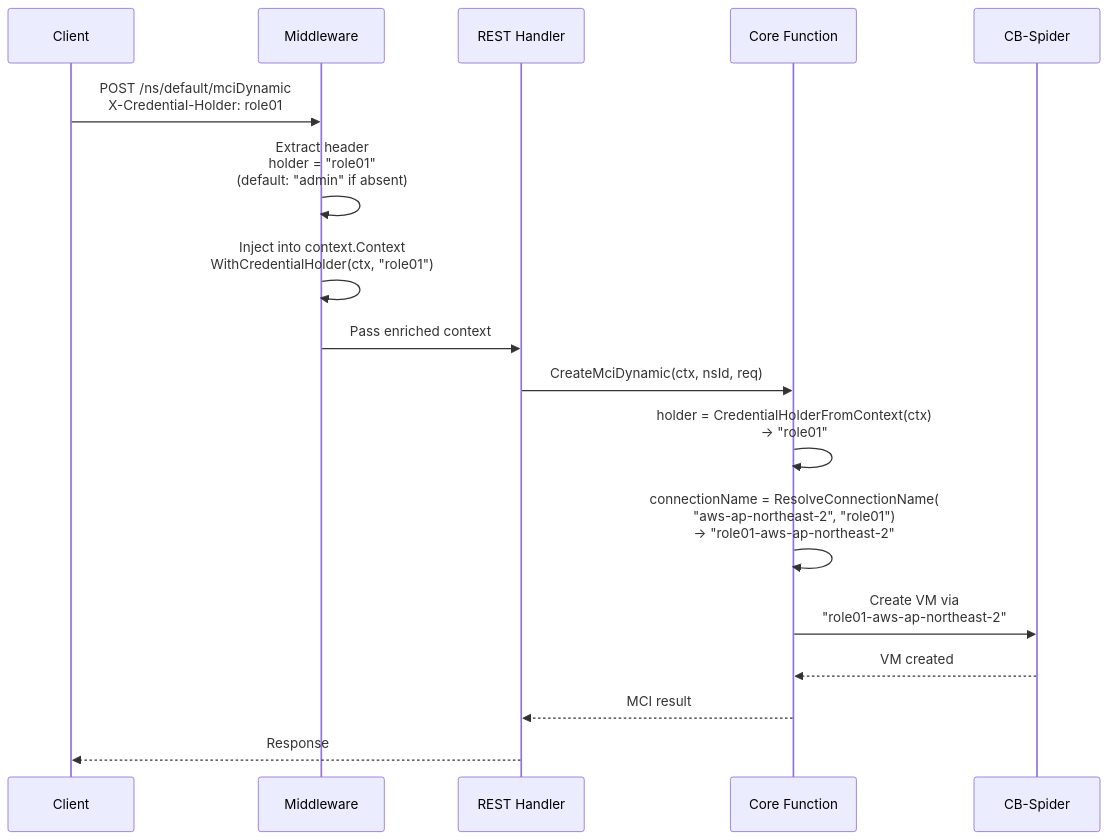
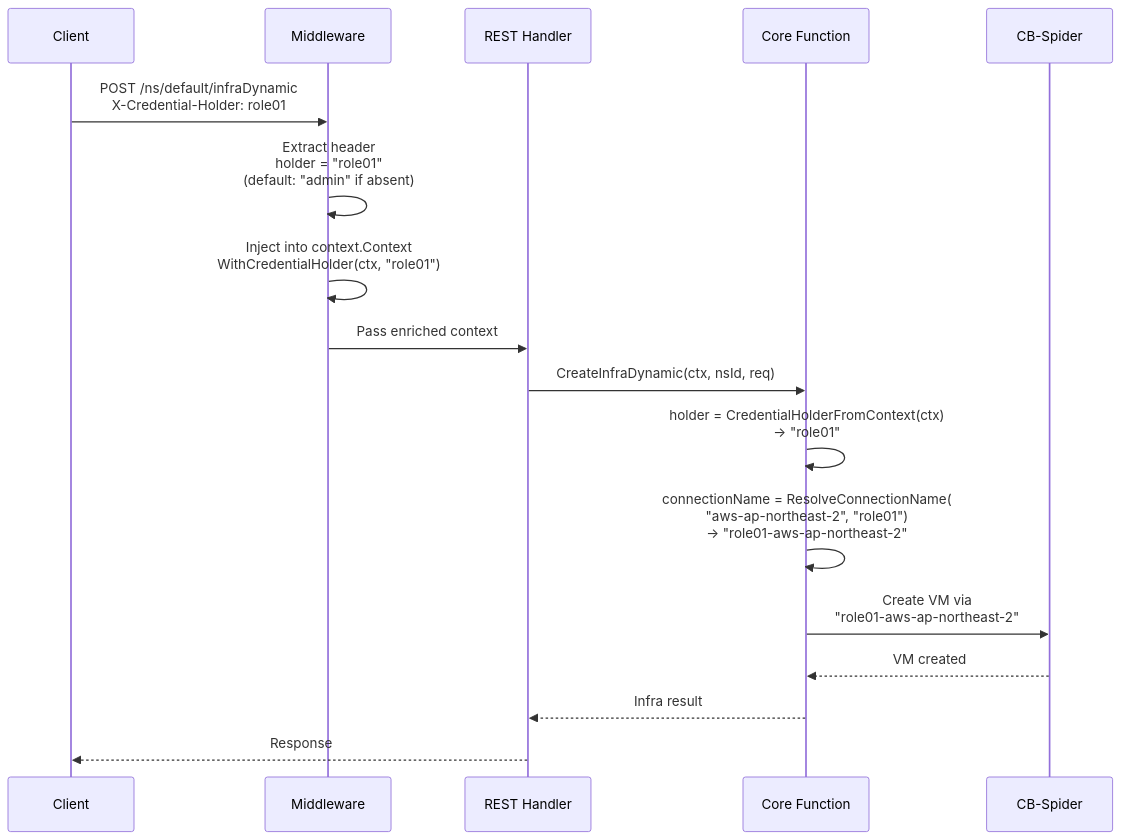
One commit to cloud-barista/cb-tumblebug changed the fourth of 7 diagrams in docs/feature_guide/credential-and-connection.md. Above: the diagram before and after it, drawn with Mermaid. The commit also changed other lines of this file and 197 other files, not shown here.

````diff
--- a/docs/feature_guide/credential-and-connection.md
+++ b/docs/feature_guide/credential-and-connection.md
@@ -220,24 +220,24 @@
 ```mermaid
 sequenceDiagram
     participant Client
     participant MW as Middleware
     participant Handler as REST Handler
     participant Core as Core Function
     participant Spider as CB-Spider
 
-    Client->>MW: POST /ns/default/mciDynamic<br/>X-Credential-Holder: role01
+    Client->>MW: POST /ns/default/infraDynamic<br/>X-Credential-Holder: role01
     
     MW->>MW: Extract header<br/>holder = "role01"<br/>(default: "admin" if absent)
     MW->>MW: Inject into context.Context<br/>WithCredentialHolder(ctx, "role01")
     MW->>Handler: Pass enriched context
     
-    Handler->>Core: CreateMciDynamic(ctx, nsId, req)
+    Handler->>Core: CreateInfraDynamic(ctx, nsId, req)
     
     Core->>Core: holder = CredentialHolderFromContext(ctx)<br/>→ "role01"
     Core->>Core: connectionName = ResolveConnectionName(<br/>"aws-ap-northeast-2", "role01")<br/>→ "role01-aws-ap-northeast-2"
     
     Core->>Spider: Create VM via<br/>"role01-aws-ap-northeast-2"
     Spider-->>Core: VM created
-    Core-->>Handler: MCI result
+    Core-->>Handler: Infra result
     Handler-->>Client: Response
 ```
````
